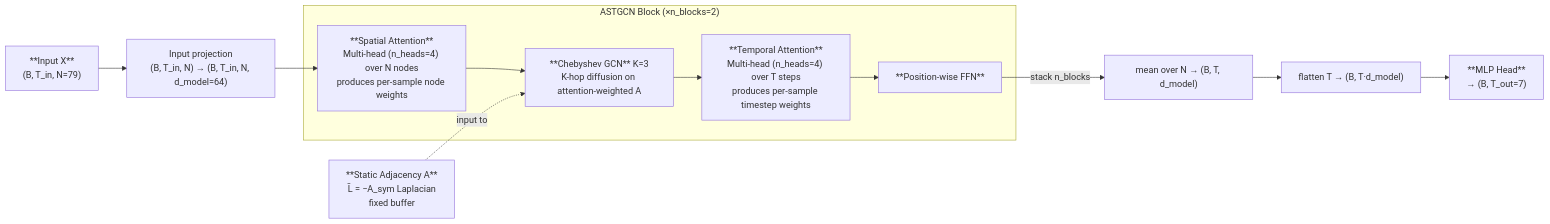
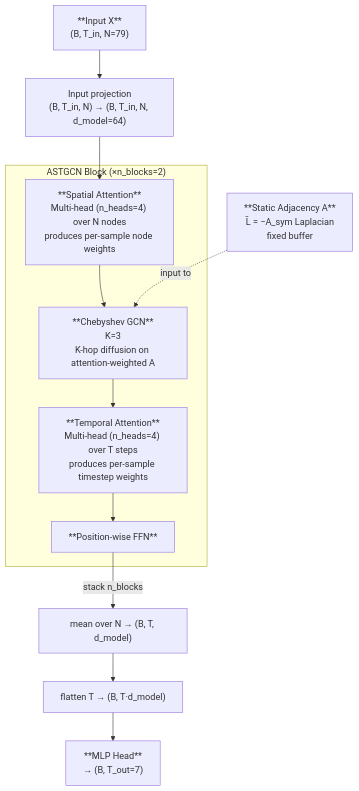
Before and after one commit to NightfuryEquinn/Ridership: the tenth of 17 diagrams in src/models/MODEL.md, drawn with Mermaid. The commit also changed other lines of this file and 24 other files, not shown here.

Commit message:
docs: :memo: Update report, slides and architecture diagrams

````diff
--- a/src/models/MODEL.md
+++ b/src/models/MODEL.md
@@ -485,22 +485,22 @@
 ```mermaid
-flowchart LR
+flowchart TD
     X["**Input X**\n(B, T_in, N=79)"]
     PROJ["Input projection\n(B, T_in, N) → (B, T_in, N, d_model=64)"]
     ADJ["**Static Adjacency A**\nL̃ = −A_sym Laplacian\nfixed buffer"]
 
     subgraph BK["ASTGCN Block (×n_blocks=2)"]
         SA["**Spatial Attention**\nMulti-head (n_heads=4) over N nodes\nproduces per-sample node weights"]
-        CGCN["**Chebyshev GCN** K=3\nK-hop diffusion on attention-weighted A"]
+        CGCN["**Chebyshev GCN**\nK=3\nK-hop diffusion on attention-weighted A"]
         TA["**Temporal Attention**\nMulti-head (n_heads=4) over T steps\nproduces per-sample timestep weights"]
         FFN["**Position-wise FFN**"]
     end
 
     MEAN["mean over N → (B, T, d_model)"]
     FLAT["flatten T → (B, T·d_model)"]
     MLP["**MLP Head**\n→ (B, T_out=7)"]
 
     X --> PROJ --> SA --> CGCN --> TA --> FFN
     FFN --> |"stack n_blocks"| MEAN
     MEAN --> FLAT --> MLP
     ADJ -. input to .-> CGCN
 ```
````
